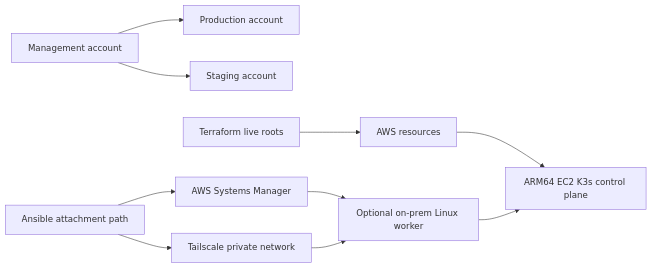
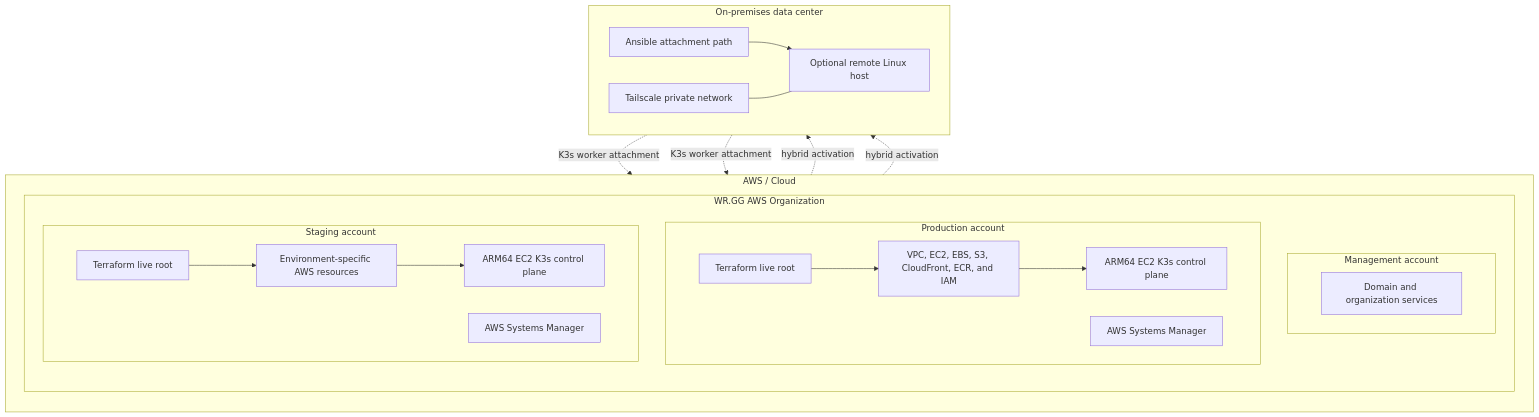
Before and after one commit to winrates-gg/wrgg-public-documentation: the diagram in docs/infrastructure.md, drawn with Mermaid.

Commit message:
testing new chart in github renderer

````diff
--- a/docs/infrastructure.md
+++ b/docs/infrastructure.md
@@ -13,23 +13,47 @@
 ```mermaid
-flowchart LR
-    Management[Management account]
-    Production[Production account]
-    Staging[Staging account]
-    Terraform[Terraform live roots]
-    AWS[AWS resources]
-    Control[ARM64 EC2 K3s control plane]
-    Worker[Optional on-prem Linux worker]
-    Ansible[Ansible attachment path]
-    SSM[AWS Systems Manager]
-    Tailscale[Tailscale private network]
+flowchart TB
+    subgraph AWS["AWS / Cloud"]
+        direction TB
+        subgraph Organization["WR.GG AWS Organization"]
+            direction TB
+            subgraph Management["Management account"]
+                direction LR
+                ManagementServices["Domain and organization services"]
+            end
 
-    Management --> Production
-    Management --> Staging
-    Terraform --> AWS
-    AWS --> Control
-    Ansible --> SSM
-    Ansible --> Tailscale
-    SSM --> Worker
-    Tailscale --> Worker
-    Worker --> Control
+            subgraph Production["Production account"]
+                direction LR
+                ProductionTerraform["Terraform live root"]
+                ProductionResources["VPC, EC2, EBS, S3, CloudFront, ECR, and IAM"]
+                ProductionControl["ARM64 EC2 K3s control plane"]
+                ProductionSSM["AWS Systems Manager"]
+                ProductionTerraform --> ProductionResources
+                ProductionResources --> ProductionControl
+            end
+
+            subgraph Staging["Staging account"]
+                direction LR
+                StagingTerraform["Terraform live root"]
+                StagingResources["Environment-specific AWS resources"]
+                StagingControl["ARM64 EC2 K3s control plane"]
+                StagingSSM["AWS Systems Manager"]
+                StagingTerraform --> StagingResources
+                StagingResources --> StagingControl
+            end
+        end
+    end
+
+    subgraph OnPrem["On-premises data center"]
+        direction LR
+        Ansible["Ansible attachment path"]
+        RemoteHost["Optional remote Linux host"]
+        Tailscale["Tailscale private network"]
+        Ansible --> RemoteHost
+        Tailscale --- RemoteHost
+    end
+
+    ProductionSSM -. hybrid activation .-> Ansible
+    StagingSSM -. hybrid activation .-> Ansible
+    RemoteHost -. K3s worker attachment .-> ProductionControl
+    RemoteHost -. K3s worker attachment .-> StagingControl
 ```
````
